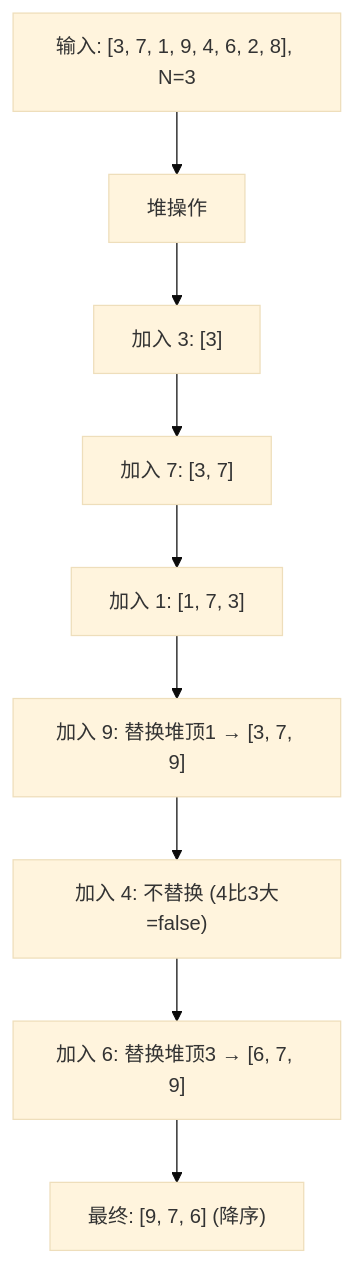
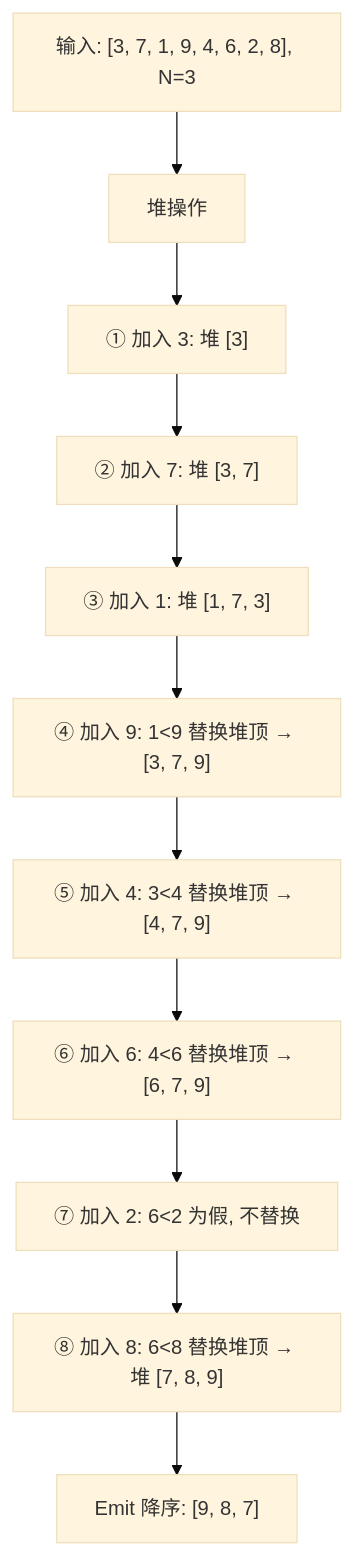
Before and after one commit to stefanv5/influxdb: diagram 14 of 24 in docs/specs/03_query_engine_spec.md, drawn with Mermaid (base theme). The commit also changed other lines of this file and 16 other files, not shown here.

First line of the commit message:
docs: correct and deepen the 17 architecture specs

````diff
--- a/docs/specs/03_query_engine_spec.md
+++ b/docs/specs/03_query_engine_spec.md
@@ -1121,11 +1347,13 @@
 ```mermaid
 flowchart TD
     A["输入: [3, 7, 1, 9, 4, 6, 2, 8], N=3"] --> B["堆操作"]
-    B --> C["加入 3: [3]"]
-    C --> D["加入 7: [3, 7]"]
-    D --> E["加入 1: [1, 7, 3]"]
-    E --> F["加入 9: 替换堆顶1 → [3, 7, 9]"]
-    F --> G["加入 4: 不替换 (4比3大=false)"]
-    G --> H["加入 6: 替换堆顶3 → [6, 7, 9]"]
-    H --> I["最终: [9, 7, 6] (降序)"]
+    B --> C["① 加入 3: 堆 [3]"]
+    C --> D["② 加入 7: 堆 [3, 7]"]
+    D --> E["③ 加入 1: 堆 [1, 7, 3]"]
+    E --> F["④ 加入 9: 1<9 替换堆顶 → [3, 7, 9]"]
+    F --> G["⑤ 加入 4: 3<4 替换堆顶 → [4, 7, 9]"]
+    G --> H["⑥ 加入 6: 4<6 替换堆顶 → [6, 7, 9]"]
+    H --> I["⑦ 加入 2: 6<2 为假, 不替换"]
+    I --> J["⑧ 加入 8: 6<8 替换堆顶 → 堆 [7, 8, 9]"]
+    J --> K["Emit 降序: [9, 8, 7]"]
 ```
````
